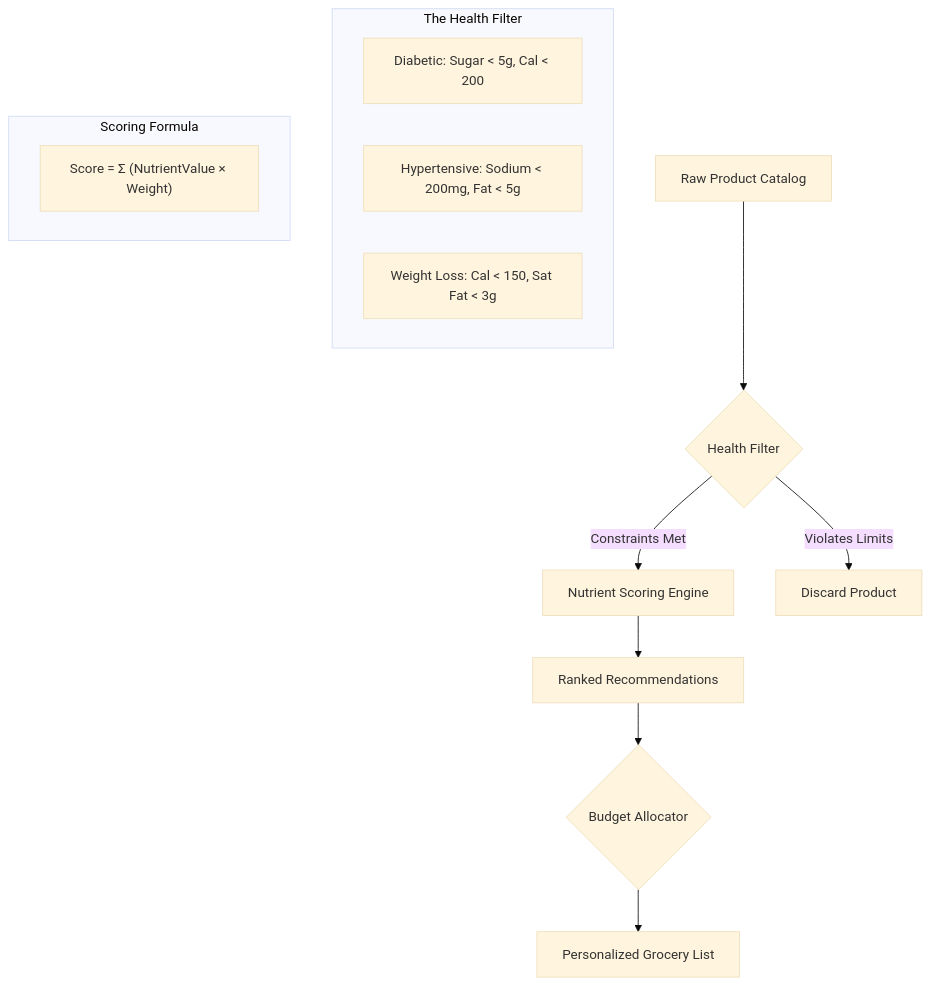
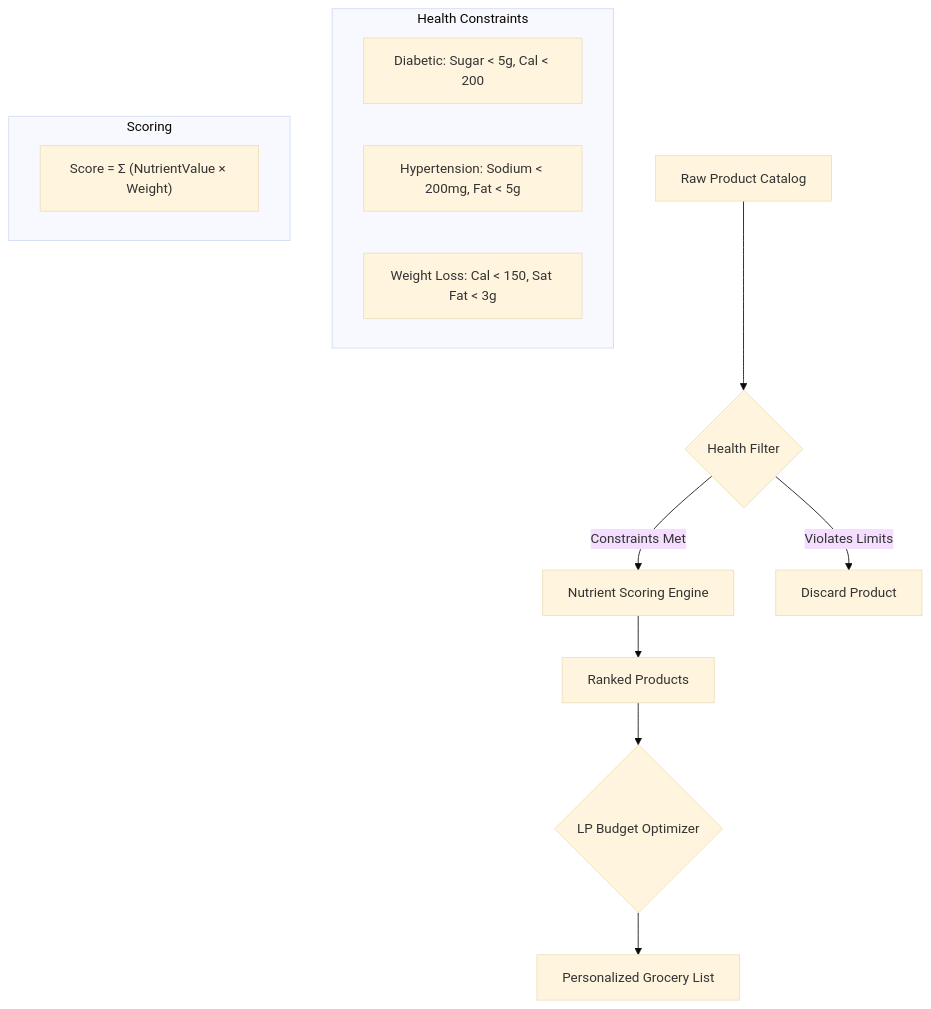
One commit to AtulACleaver/nutrikart changed the first of 2 diagrams in README.md. Above: the diagram before and after it, drawn with Mermaid (base theme). The commit also changed other lines of this file and 2 other files, not shown here.

First line of the commit message:
Update READMEs: deployments, LP optimizer & docs

````diff
--- a/README.md
+++ b/README.md
@@ -30,19 +42,19 @@
 ```mermaid
 graph TD
     A[Raw Product Catalog] --> B{Health Filter}
     B -->|Constraints Met| C[Nutrient Scoring Engine]
     B -->|Violates Limits| X[Discard Product]
-    C --> D[Ranked Recommendations]
-    D --> E{Budget Allocator}
+    C --> D[Ranked Products]
+    D --> E{LP Budget Optimizer}
     E --> F[Personalized Grocery List]
-    
-    subgraph "The Health Filter"
+
+    subgraph "Health Constraints"
     B1["Diabetic: Sugar < 5g, Cal < 200"]
-    B2["Hypertensive: Sodium < 200mg, Fat < 5g"]
+    B2["Hypertension: Sodium < 200mg, Fat < 5g"]
     B3["Weight Loss: Cal < 150, Sat Fat < 3g"]
     end
-    
-    subgraph "Scoring Formula"
+
+    subgraph "Scoring"
     C1["Score = Σ (NutrientValue × Weight)"]
     end
 ```
````
